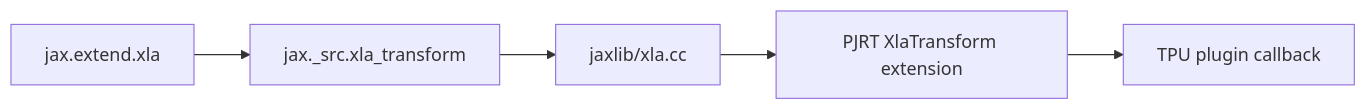
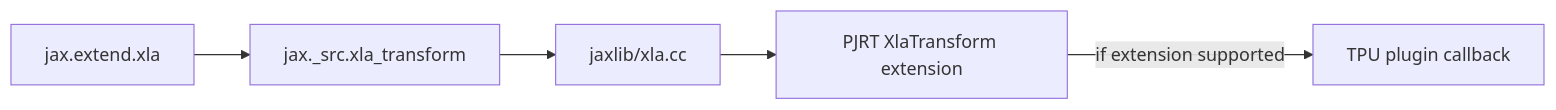
One commit to 0xaskr/jax-source-analysis changed the fourth of 4 diagrams in docs/architecture/01-regular-xla-tpu-path.md. Above: the diagram before and after it, drawn with Mermaid. The commit also changed other lines of this file and 40 other files, not shown here.

````diff
--- a/docs/architecture/01-regular-xla-tpu-path.md
+++ b/docs/architecture/01-regular-xla-tpu-path.md
@@ -177,7 +193,7 @@
 ```mermaid
 flowchart LR
   API["jax.extend.xla"] --> PY["jax._src.xla_transform"]
   PY --> BIND["jaxlib/xla.cc"]
   BIND --> EXT["PJRT XlaTransform extension"]
-  EXT --> TPU["TPU plugin callback"]
+  EXT -->|"if extension supported"| TPU["TPU plugin callback"]
 ```
````
